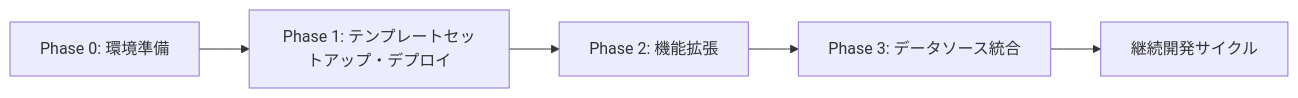
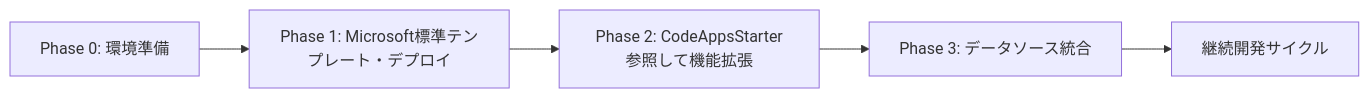
Before and after one commit to PLUG365/DecisionFlow: the first of 6 diagrams in README.md, drawn with Mermaid. The commit also changed other lines of this file, not shown here.

````diff
--- a/README.md
+++ b/README.md
@@ -102,7 +113,7 @@
 ```mermaid
 graph LR
-    A[Phase 0: 環境準備] --> B[Phase 1: テンプレートセットアップ・デプロイ]
-    B --> C[Phase 2: 機能拡張]
+    A[Phase 0: 環境準備] --> B[Phase 1: Microsoft標準テンプレート・デプロイ]
+    B --> C[Phase 2: CodeAppsStarter参照して機能拡張]
     C --> D[Phase 3: データソース統合]
     D --> E[継続開発サイクル]
 ```
````
